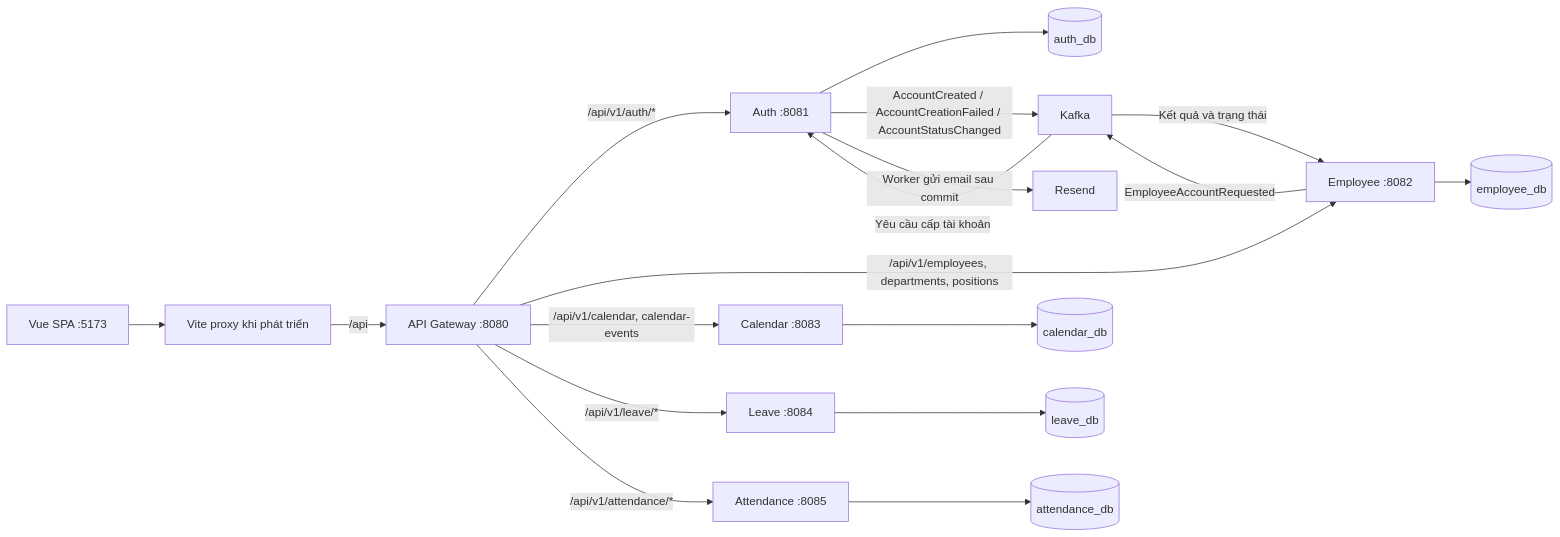
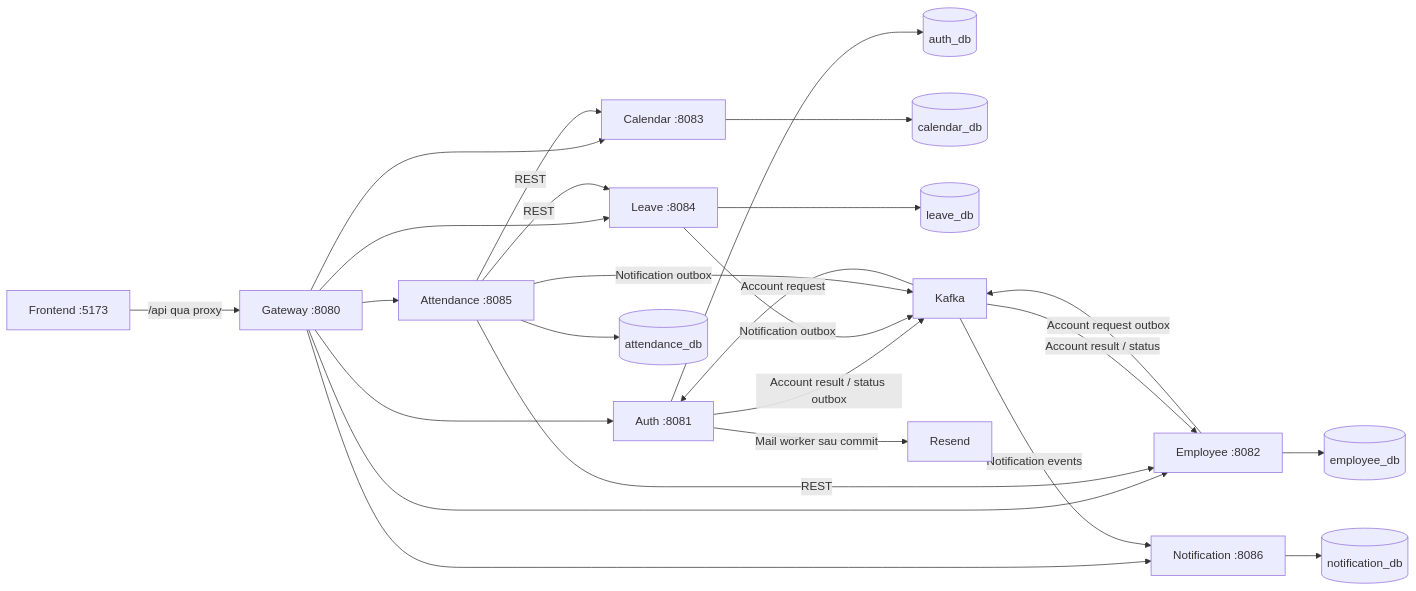
Before and after one commit to Harold-Luong/company-hrm: the first of 2 diagrams in README.md, drawn with Mermaid. The commit also changed other lines of this file and 35 other files, not shown here.

````diff
--- a/README.md
+++ b/README.md
@@ -88,20 +52,27 @@
 ```mermaid
 flowchart LR
-    UI["Vue SPA :5173"] --> P["Vite proxy khi phát triển"]
-    P -->|"/api"| G["API Gateway :8080"]
-    G -->|"/api/v1/auth/*"| A["Auth :8081"]
-    G -->|"/api/v1/employees, departments, positions"| E["Employee :8082"]
-    G -->|"/api/v1/calendar, calendar-events"| C["Calendar :8083"]
+    UI["Frontend :5173"] -->|"/api qua proxy"| G["Gateway :8080"]
+    G --> A["Auth :8081"]
+    G --> E["Employee :8082"]
+    G --> C["Calendar :8083"]
+    G --> L["Leave :8084"]
+    G --> T["Attendance :8085"]
+    G --> N["Notification :8086"]
     A --> AD[(auth_db)]
     E --> ED[(employee_db)]
     C --> CD[(calendar_db)]
-    G -->|"/api/v1/leave/*"| L["Leave :8084"]
     L --> LD[(leave_db)]
-    G -->|"/api/v1/attendance/*"| T["Attendance :8085"]
     T --> TD[(attendance_db)]
-    E -->|EmployeeAccountRequested| K[Kafka]
-    K -->|Yêu cầu cấp tài khoản| A
-    A -->|AccountCreated / AccountCreationFailed / AccountStatusChanged| K
-    K -->|Kết quả và trạng thái| E
-    A -->|Worker gửi email sau commit| R[Resend]
+    N --> ND[(notification_db)]
+    T -->|REST| E
+    T -->|REST| L
+    T -->|REST| C
+    E -->|Account request outbox| K[Kafka]
+    K -->|Account request| A
+    A -->|Account result / status outbox| K
+    K -->|Account result / status| E
+    L -->|Notification outbox| K
+    T -->|Notification outbox| K
+    K -->|Notification events| N
+    A -->|Mail worker sau commit| R[Resend]
 ```
````
